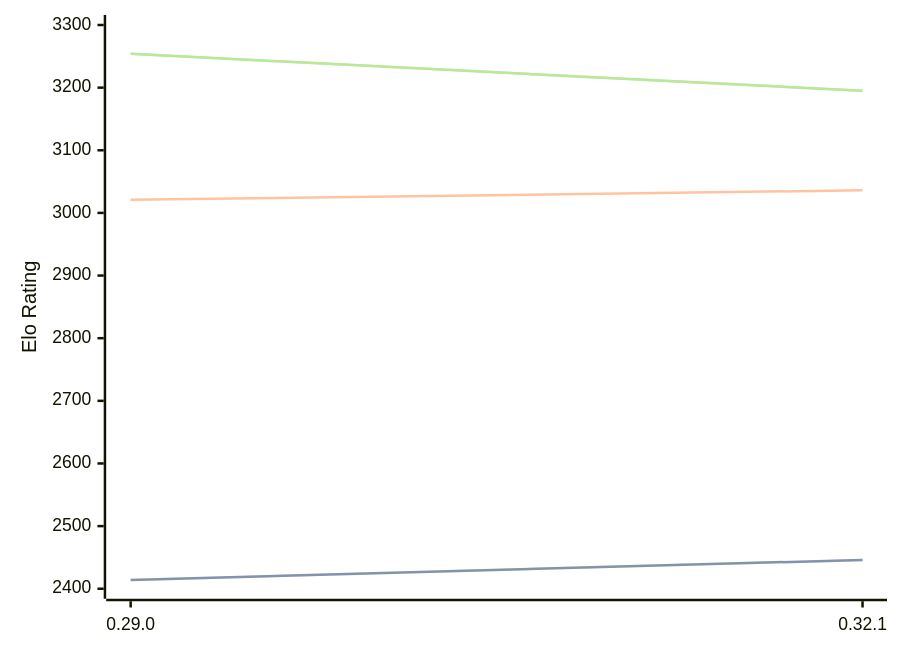
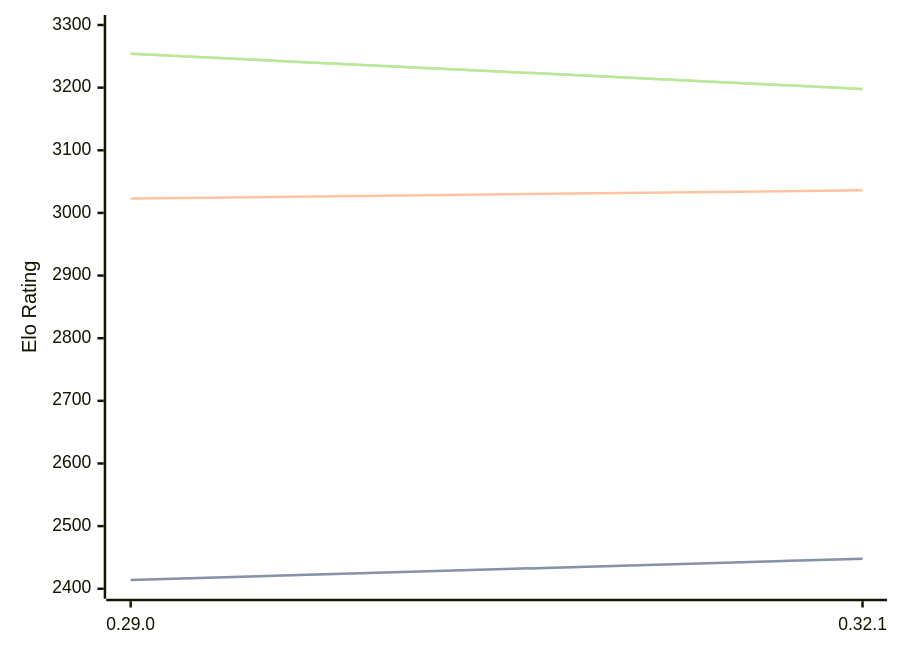
Before and after one commit to computer-chess-index/cci: the diagram in engines/Lc0.md, drawn with Mermaid. The commit also changed other lines of this file, not shown here.

Commit message:
Update CCI Ratings (ELO VLTC) - 2026-03-28

````diff
--- a/engines/Lc0.md
+++ b/engines/Lc0.md
@@ -68,11 +68,11 @@
 ```mermaid
 %%{init: {"theme":"base","themeVariables":{"seriesColors:['#a3a3a3','#222221','#faa371']}}}%%
 xychart-beta
   x-axis ["0.29.0", "0.32.1"]
   y-axis "Elo Rating" 2400 --> 3300
-  line "STC (8.0+0.08s)" [2414, 2446]
-  line "STC (8.0+0.08s)" [2414, 2446]
-  line "LTC (60.0+0.60s)" [3021, 3036]
-  line "VLTC (2m24s+1.12s)" [3254, 3195]
-  line "VLTC (2m24s+1.12s)" [3254, 3195]
+  line "STC (8.0+0.08s)" [2414, 2448]
+  line "STC (8.0+0.08s)" [2414, 2448]
+  line "LTC (60.0+0.60s)" [3023, 3036]
+  line "VLTC (2m24s+1.12s)" [3254, 3198]
+  line "VLTC (2m24s+1.12s)" [3254, 3198]
 ```
````
